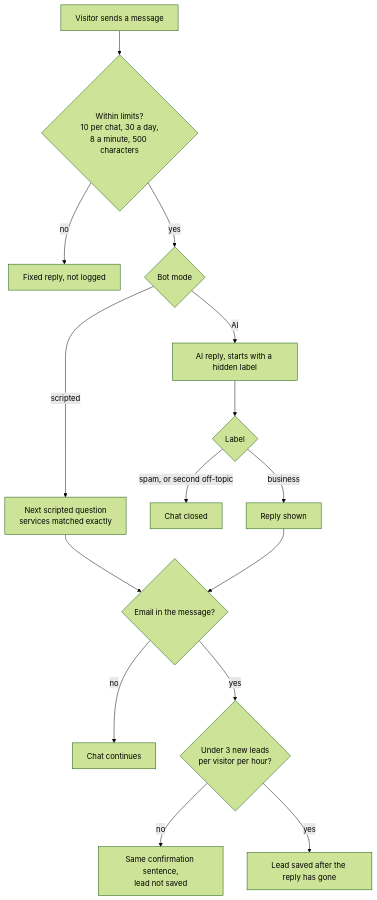
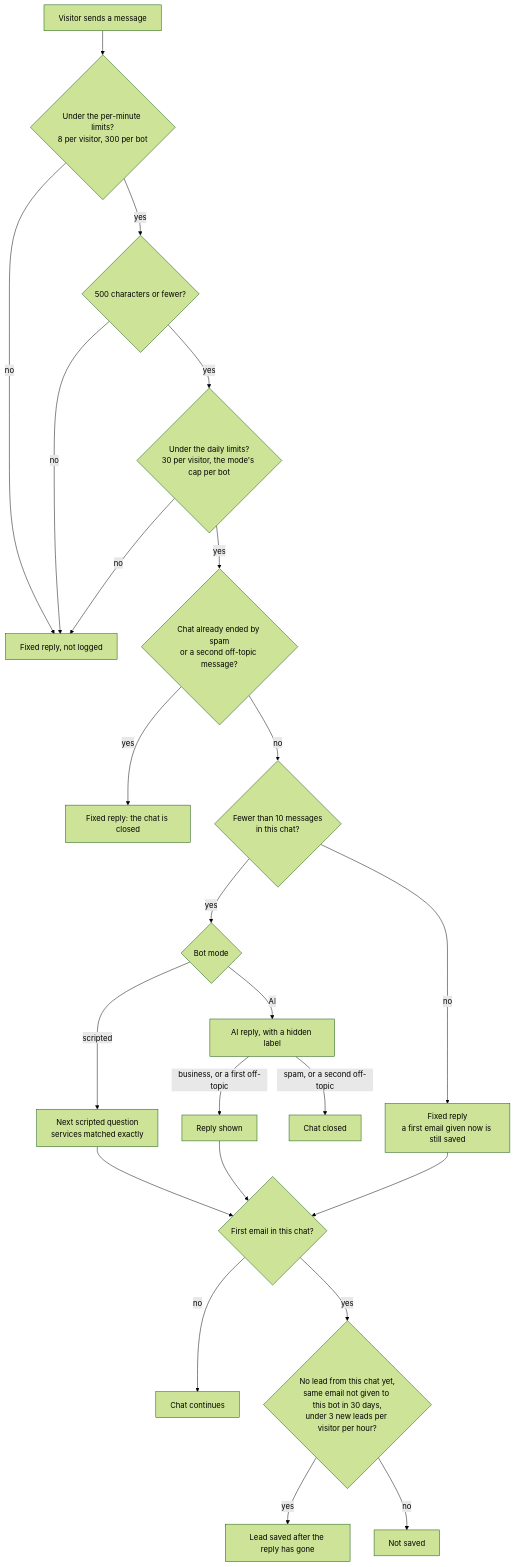
The second of 3 diagrams in docs/knowledge-base.md (jared0565/Bytes-Web), drawn with Mermaid (forest theme) before and after one commit. The commit also changed other lines of this file and 12 other files, not shown here.

````diff
--- a/docs/knowledge-base.md
+++ b/docs/knowledge-base.md
@@ -368,17 +437,25 @@
 ```mermaid
 flowchart TD
-  msg["Visitor sends a message"] --> lim{"Within limits?<br/>10 per chat, 30 a day,<br/>8 a minute, 500 characters"}
-  lim -- no --> fixed["Fixed reply, not logged"]
-  lim -- yes --> mode{"Bot mode"}
+  msg["Visitor sends a message"] --> rate{"Under the per-minute limits?<br/>8 per visitor, 300 per bot"}
+  rate -- no --> fixed["Fixed reply, not logged"]
+  rate -- yes --> len{"500 characters or fewer?"}
+  len -- no --> fixed
+  len -- yes --> day{"Under the daily limits?<br/>30 per visitor, the mode's cap per bot"}
+  day -- no --> fixed
+  day -- yes --> ended{"Chat already ended by spam<br/>or a second off-topic message?"}
+  ended -- yes --> closedReply["Fixed reply: the chat is closed"]
+  ended -- no --> count{"Fewer than 10 messages<br/>in this chat?"}
+  count -- no --> late["Fixed reply<br/>a first email given now is still saved"]
+  count -- yes --> mode{"Bot mode"}
   mode -- scripted --> script["Next scripted question<br/>services matched exactly"]
-  mode -- AI --> ai["AI reply, starts with a hidden label"]
-  ai --> label{"Label"}
-  label -- "spam, or second off-topic" --> closed["Chat closed"]
-  label -- business --> reply["Reply shown"]
-  script --> email{"Email in the message?"}
+  mode -- AI --> ai["AI reply, with a hidden label"]
+  ai -- "spam, or a second off-topic" --> closed["Chat closed"]
+  ai -- "business, or a first off-topic" --> reply["Reply shown"]
+  script --> email{"First email in this chat?"}
   reply --> email
+  late --> email
   email -- no --> done["Chat continues"]
-  email -- yes --> hourly{"Under 3 new leads<br/>per visitor per hour?"}
-  hourly -- no --> confirm["Same confirmation sentence,<br/>lead not saved"]
-  hourly -- yes --> saved["Lead saved after the reply has gone"]
+  email -- yes --> checks{"No lead from this chat yet,<br/>same email not given to this bot in 30 days,<br/>under 3 new leads per visitor per hour?"}
+  checks -- yes --> saved["Lead saved after the reply has gone"]
+  checks -- no --> notSaved["Not saved"]
 ```
````
